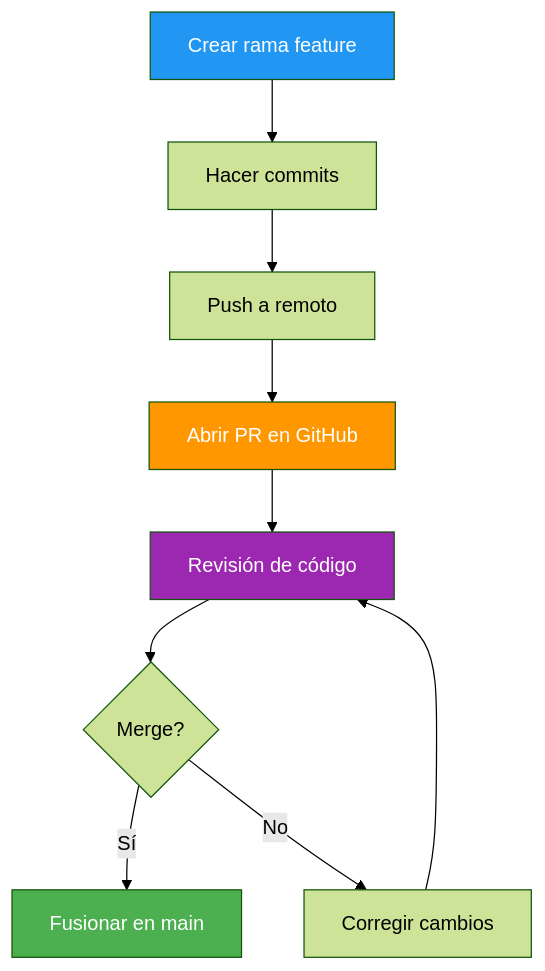
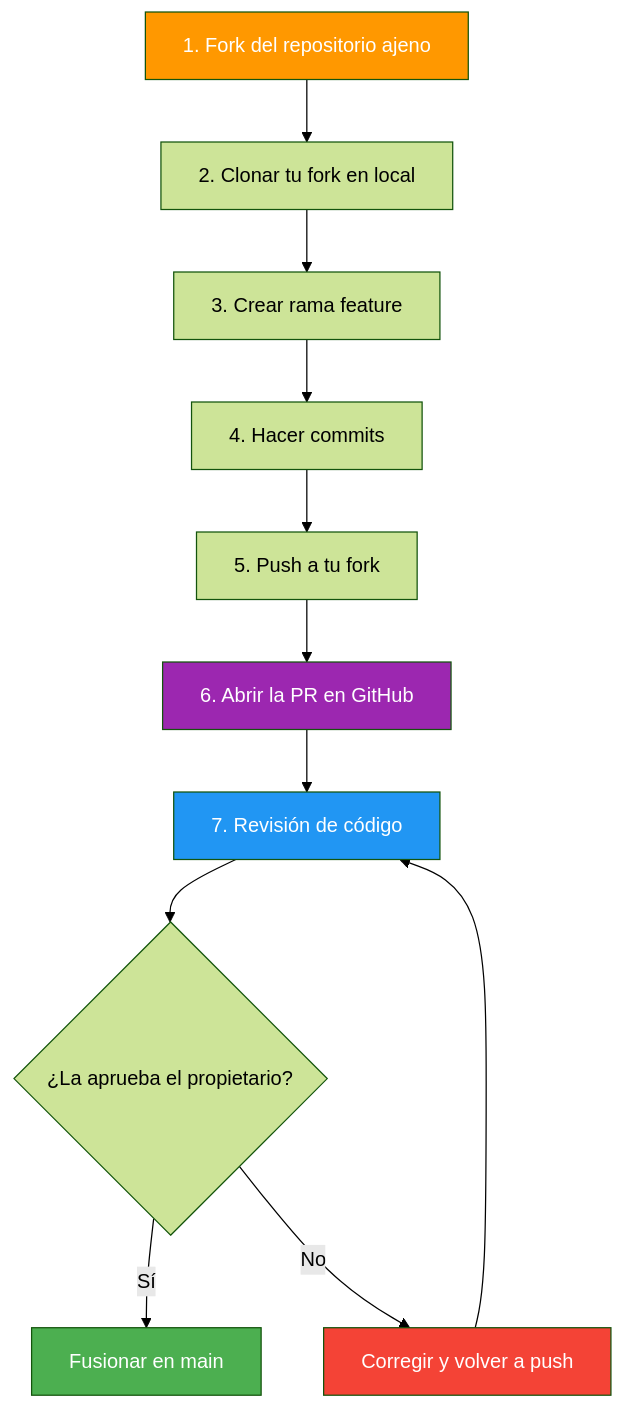
The first of 15 diagrams in 04-colaboracion.md (joseluisgs/EntornosDesarrollo-03-2026-2027), drawn with Mermaid (forest theme) before and after one commit. The commit also changed other lines of this file and 20 other files, not shown here.

````diff
--- a/04-colaboracion.md
+++ b/04-colaboracion.md
@@ -87,16 +104,18 @@
 ```mermaid
 graph TB
-    A[Crear rama feature] --> B[Hacer commits]
-    B --> C[Push a remoto]
-    C --> D[Abrir PR en GitHub]
-    D --> E[Revisión de código]
-    E --> F{Merge?}
-    F -->|Sí| G[Fusionar en main]
-    F -->|No| H[Corregir cambios]
-    H --> E
-    
-    style A fill:#2196F3,color:#fff
-    style D fill:#FF9800,color:#fff
-    style E fill:#9C27B0,color:#fff
-    style G fill:#4CAF50,color:#fff
+    A[1. Fork del repositorio ajeno] --> B[2. Clonar tu fork en local]
+    B --> C[3. Crear rama feature]
+    C --> D[4. Hacer commits]
+    D --> E[5. Push a tu fork]
+    E --> F[6. Abrir la PR en GitHub]
+    F --> G[7. Revisión de código]
+    G --> H{¿La aprueba el propietario?}
+    H -->|Sí| I[Fusionar en main]
+    H -->|No| J[Corregir y volver a push]
+    J --> G
+    style A fill:#FF9800,color:#fff
+    style F fill:#9C27B0,color:#fff
+    style G fill:#2196F3,color:#fff
+    style I fill:#4CAF50,color:#fff
+    style J fill:#f44336,color:#fff
 ```
````
